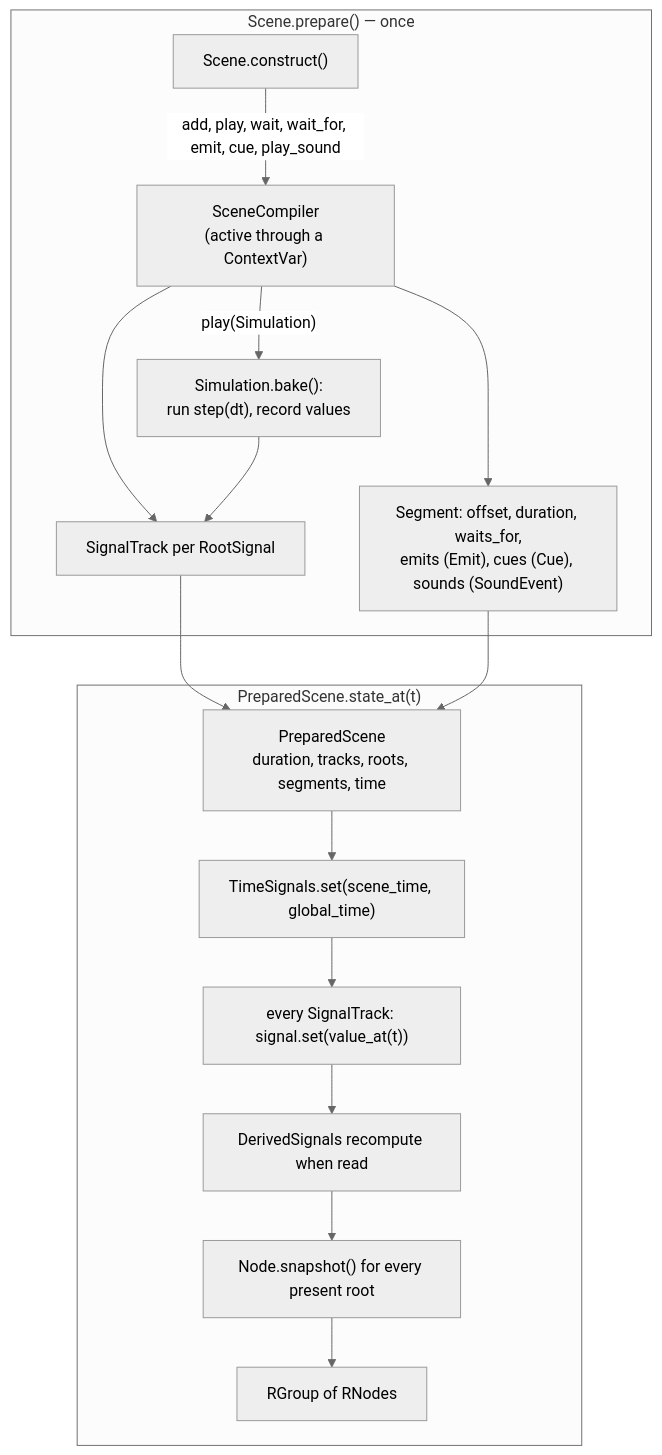
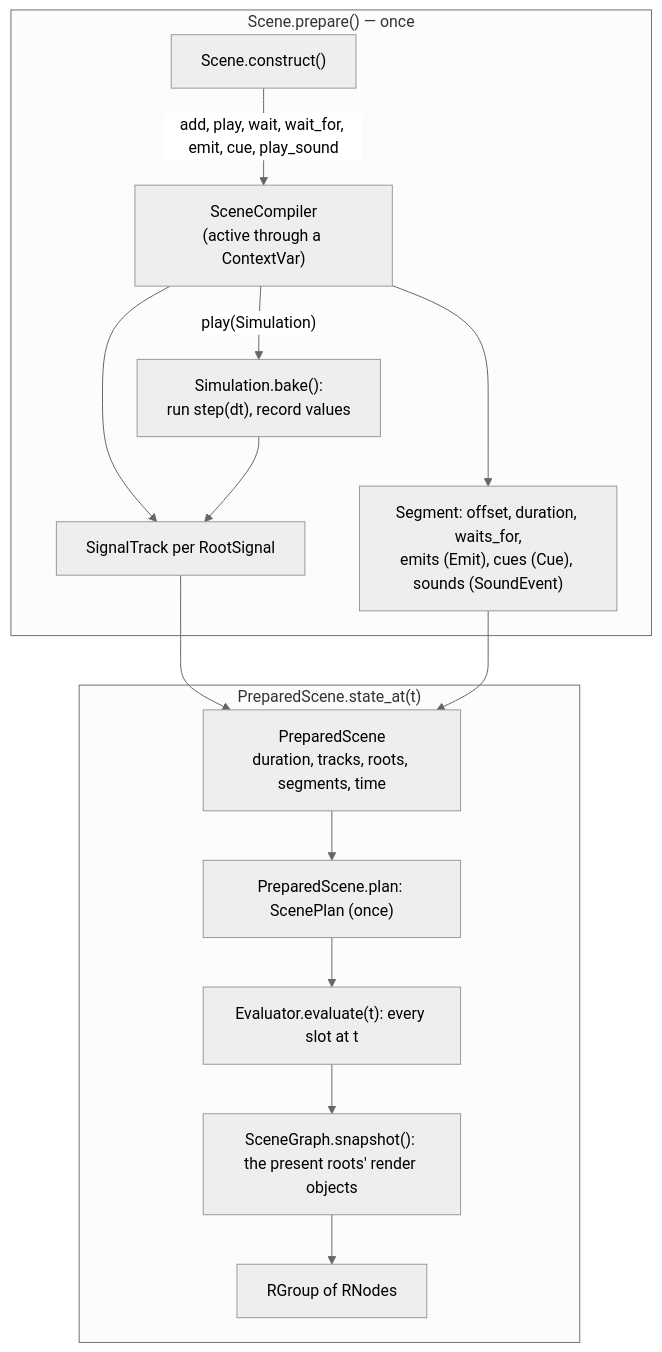
One commit to MrDiver/manim changed the fourth of 8 diagrams in manimx/ARCHITECTURE.md. Above: the diagram before and after it, drawn with Mermaid (neutral theme). The commit also changed other lines of this file and 110 other files, not shown here.

````diff
--- a/manimx/ARCHITECTURE.md
+++ b/manimx/ARCHITECTURE.md
@@ -333,18 +339,17 @@
 ```mermaid
 flowchart TD
     subgraph Compile["Scene.prepare() — once"]
         A["Scene.construct()"] -->|"add, play, wait, wait_for, emit, cue, play_sound"| SC["SceneCompiler<br/>(active through a ContextVar)"]
         SC --> T["SignalTrack per RootSignal"]
         SC --> SG["Segment: offset, duration, waits_for,<br/>emits (Emit), cues (Cue), sounds (SoundEvent)"]
         SC -->|"play(Simulation)"| BK["Simulation.bake():<br/>run step(dt), record values"]
         BK --> T
     end
     T & SG --> PS["PreparedScene<br/>duration, tracks, roots, segments, time"]
     subgraph Eval["PreparedScene.state_at(t)"]
-        PS --> E1["TimeSignals.set(scene_time, global_time)"]
-        E1 --> E2["every SignalTrack: signal.set(value_at(t))"]
-        E2 --> E3["DerivedSignals recompute when read"]
-        E3 --> E4["Node.snapshot() for every present root"]
-        E4 --> RO["RGroup of RNodes"]
+        PS --> Plan["PreparedScene.plan: ScenePlan (once)"]
+        Plan --> E1["Evaluator.evaluate(t): every slot at t"]
+        E1 --> E2["SceneGraph.snapshot(): the present roots' render objects"]
+        E2 --> RO["RGroup of RNodes"]
     end
 ```
````
